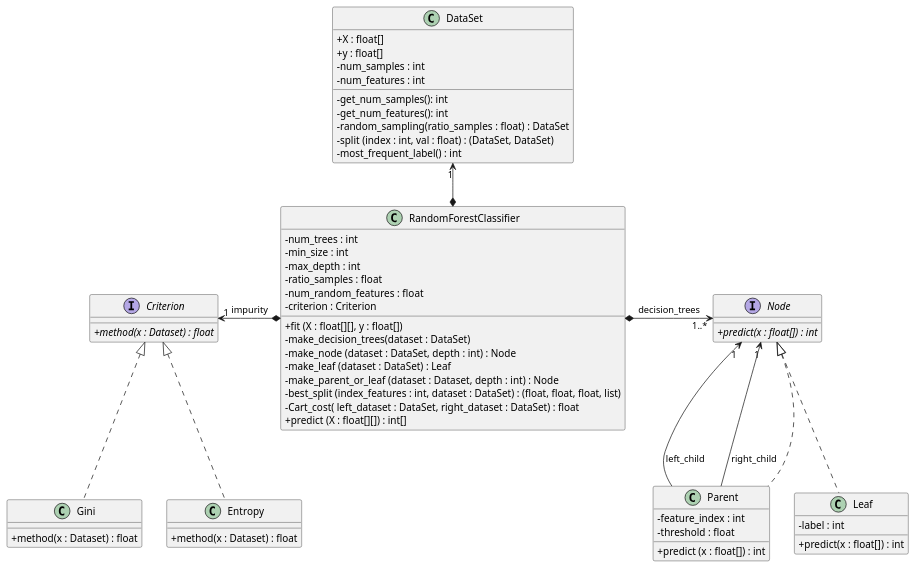
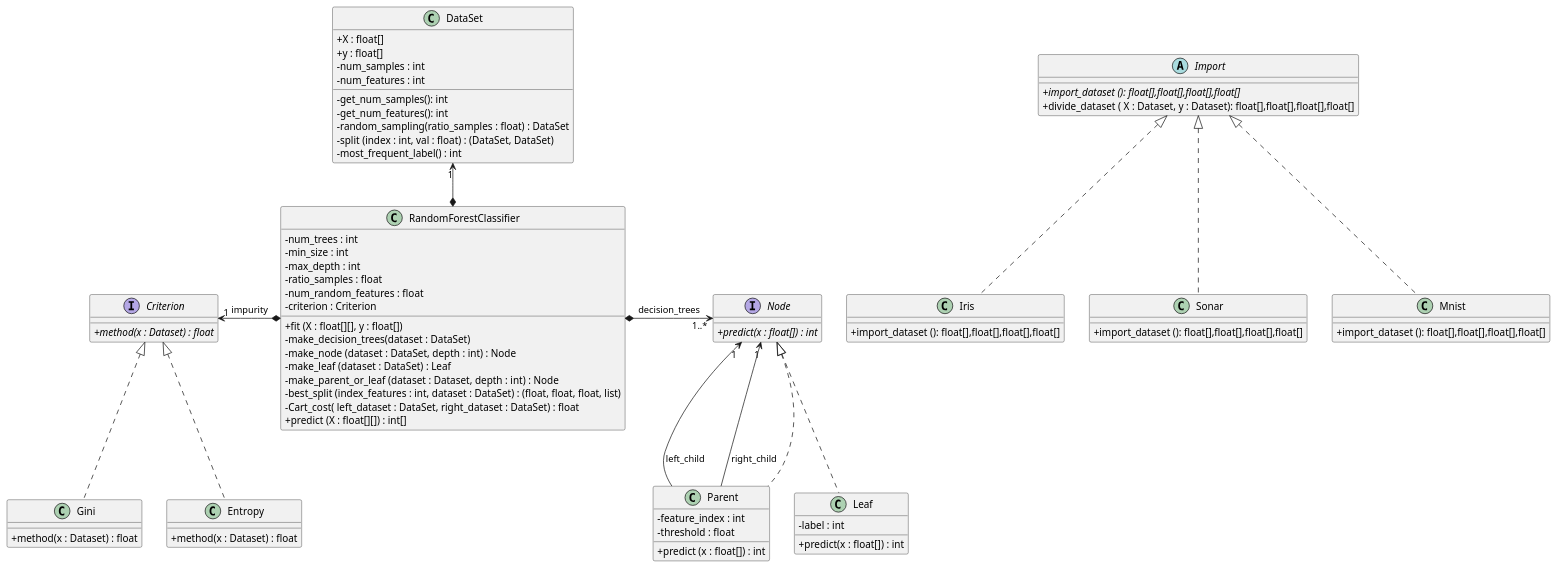
The diagram in Milestone1/diagrama1.puml (NIU1750517/POO_practica), drawn with PlantUML before and after one commit. The commit also changed 1 other file, not shown here.

```diff
--- a/Milestone1/diagrama1.puml
+++ b/Milestone1/diagrama1.puml
@@ -1,73 +1,86 @@
 @startuml
 'https://plantuml.com/class-diagram
 
 ' - added class Criterion and derivatives that contains what's common of all
 '   criteria, before in RandomForestClassifier
 
 skinparam classAttributeIconSize 0
 skinparam noteFontSize 11
 'skinparam linetype ortho
 'skinparam linetype polyline
 
 class RandomForestClassifier {
 - num_trees : int
 - min_size : int
 - max_depth : int
 - ratio_samples : float
 - num_random_features : float
 - criterion : Criterion
 + fit (X : float[][], y : float[])
 - make_decision_trees(dataset : DataSet)
 - make_node (dataset : DataSet, depth : int) : Node
 - make_leaf (dataset : DataSet) : Leaf
 - make_parent_or_leaf (dataset : Dataset, depth : int) : Node
 - best_split (index_features : int, dataset : DataSet) : (float, float, float, list)
 - Cart_cost( left_dataset : DataSet, right_dataset : DataSet) : float
 + predict (X : float[][]) : int[]
 }
 class DataSet{
     + X : float[]
     + y : float[]
     - num_samples : int 
     - num_features : int
     - get_num_samples(): int
     - get_num_features(): int
     - random_sampling(ratio_samples : float) : DataSet
     - split (index : int, val : float) : (DataSet, DataSet)
     - most_frequent_label() : int
 
 }
+abstract Import{
+    + {abstract} import_dataset (): float[],float[],float[],float[]
+    + divide_dataset ( X : Dataset, y : Dataset): float[],float[],float[],float[]
+}
+class Iris implements Import{
+    + import_dataset (): float[],float[],float[],float[]
+}
+class Sonar implements Import{
+    + import_dataset (): float[],float[],float[],float[]
+}
+class Mnist implements Import{
+    + import_dataset (): float[],float[],float[],float[]
+}
 interface Criterion {
    + {abstract} method(x : Dataset) : float
 }
 class Gini implements Criterion {
     + method(x : Dataset) : float
 }
 class Entropy implements Criterion {
     + method(x : Dataset) : float
 }
 interface Node {
 + {abstract} predict(x : float[]) : int
 }
 
 class Leaf implements Node {
 - label : int
 + predict(x : float[]) : int
 }
 
 class Parent implements Node {
 - feature_index : int
 - threshold : float
 + predict (x : float[]) : int
 }
 
 ' associacions
 RandomForestClassifier *-right-> "1..*" Node : decision_trees
 RandomForestClassifier *-left-> "1" Criterion : impurity
 RandomForestClassifier *-up-> "1"  DataSet 
 Parent -down-> "1" Node : left_child
 Parent -down-> "1" Node : right_child
 
 ' positionament
 'RandomForestClassifier -[hidden]-> Node
 @enduml
```
